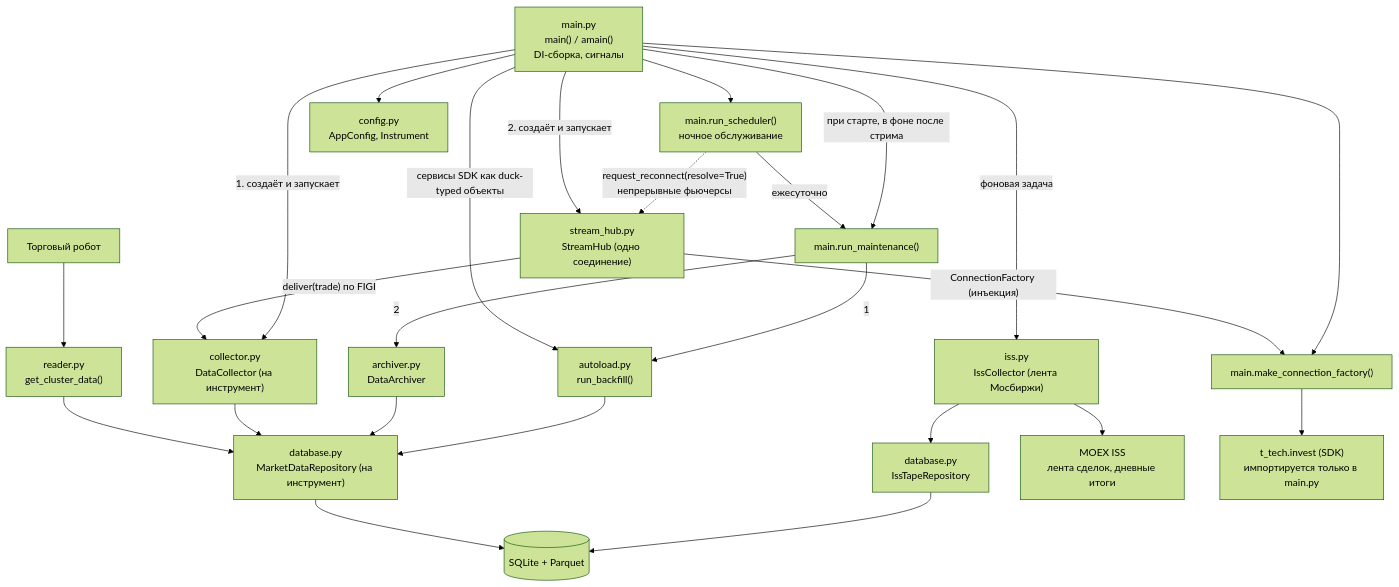
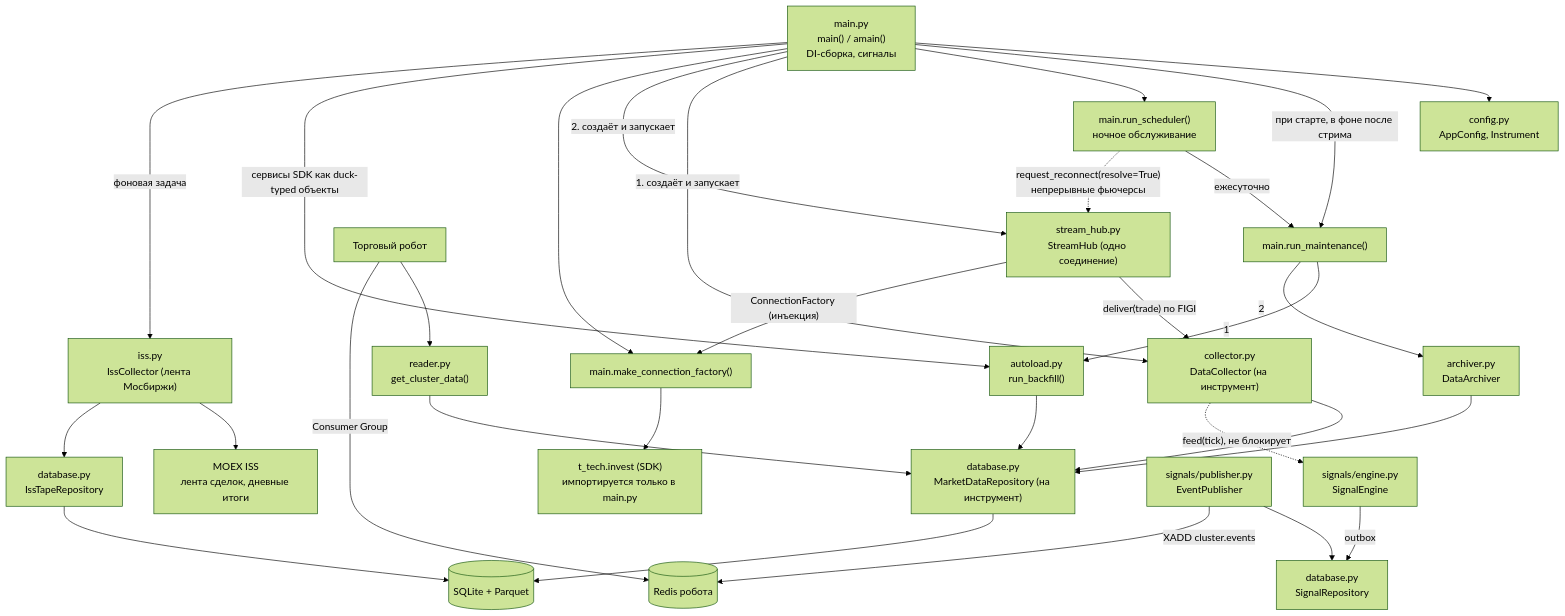
The first of 2 diagrams in docs/02-architecture.md (vladilenao/ClusterSource), drawn with Mermaid (forest theme) before and after one commit. The commit also changed other lines of this file and 28 other files, not shown here.

Commit message:
SPEC-0008 этап 1: сигналы large_aggressor и volume_spike, проверка за 20 минут, Redis Stream cluster.events

````diff
--- a/docs/02-architecture.md
+++ b/docs/02-architecture.md
@@ -5,45 +5,50 @@
 ```mermaid
 flowchart TB
     MAIN["main.py<br/>main() / amain()<br/>DI-сборка, сигналы"]
     SCHED["main.run_scheduler()<br/>ночное обслуживание"]
     MAINT["main.run_maintenance()"]
     CFG["config.py<br/>AppConfig, Instrument"]
     AUTO["autoload.py<br/>run_backfill()"]
     ARCH["archiver.py<br/>DataArchiver"]
     HUB["stream_hub.py<br/>StreamHub (одно соединение)"]
     COLL["collector.py<br/>DataCollector (на инструмент)"]
     FACT["main.make_connection_factory()"]
     REPO["database.py<br/>MarketDataRepository (на инструмент)"]
     READ["reader.py<br/>get_cluster_data()"]
     ISS["iss.py<br/>IssCollector (лента Мосбиржи)"]
     ISSREPO["database.py<br/>IssTapeRepository"]
     MOEX["MOEX ISS<br/>лента сделок, дневные итоги"]
     SDK["t_tech.invest (SDK)<br/>импортируется только в main.py"]
     STORE[("SQLite + Parquet")]
     BOT["Торговый робот"]
 
     MAIN --> CFG
     MAIN -->|"при старте, в фоне после стрима"| MAINT
     MAIN --> SCHED
     SCHED -->|"ежесуточно"| MAINT
     MAINT -->|"1"| AUTO
     MAINT -->|"2"| ARCH
     SCHED -.->|"request_reconnect(resolve=True)<br/>непрерывные фьючерсы"| HUB
     MAIN -->|"1. создаёт и запускает"| COLL
     MAIN -->|"2. создаёт и запускает"| HUB
     HUB -->|"deliver(trade) по FIGI"| COLL
     MAIN --> FACT
     FACT --> SDK
     MAIN -->|"сервисы SDK как duck-typed объекты"| AUTO
     HUB -->|"ConnectionFactory (инъекция)"| FACT
     AUTO --> REPO
     ARCH --> REPO
     COLL --> REPO
     READ --> REPO
     MAIN -->|"фоновая задача"| ISS
     ISS --> MOEX
     ISS --> ISSREPO
     ISSREPO --> STORE
     REPO --> STORE
     BOT --> READ
+    COLL -.->|"feed(tick), не блокирует"| SIG["signals/engine.py<br/>SignalEngine"]
+    SIG -->|"outbox"| SIGREPO["database.py<br/>SignalRepository"]
+    PUB["signals/publisher.py<br/>EventPublisher"] --> SIGREPO
+    PUB -->|"XADD cluster.events"| REDIS[("Redis робота")]
+    BOT -->|"Consumer Group"| REDIS
 ```
````
